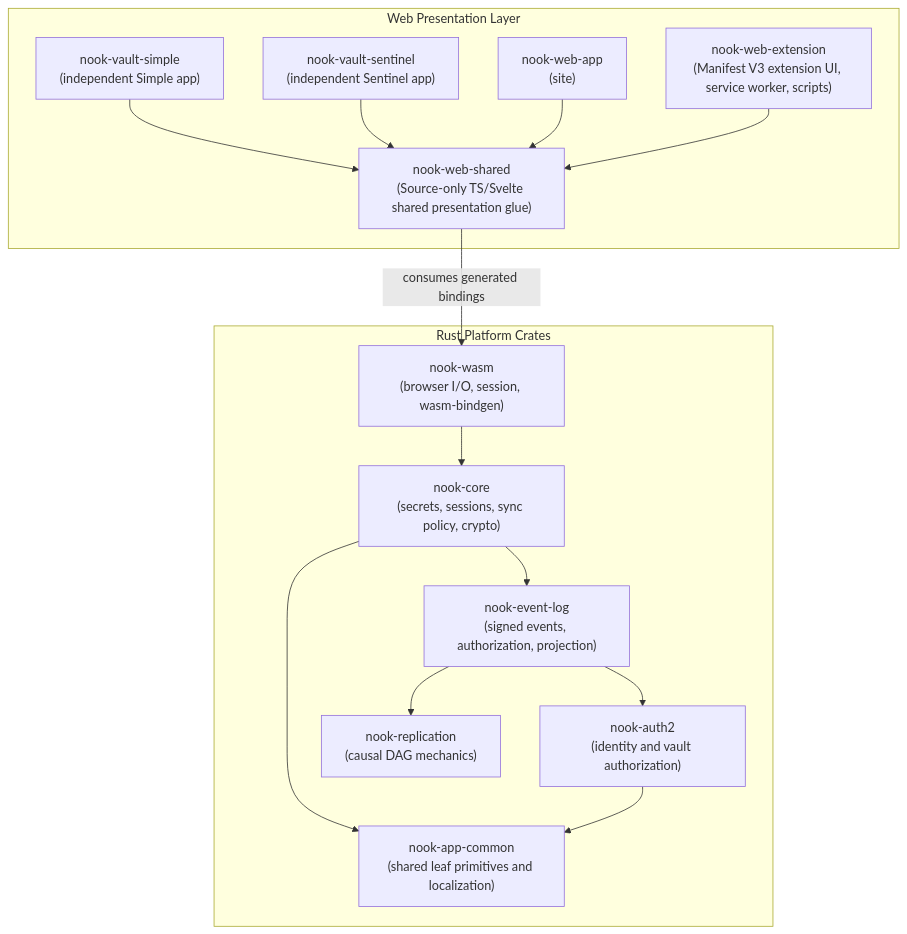
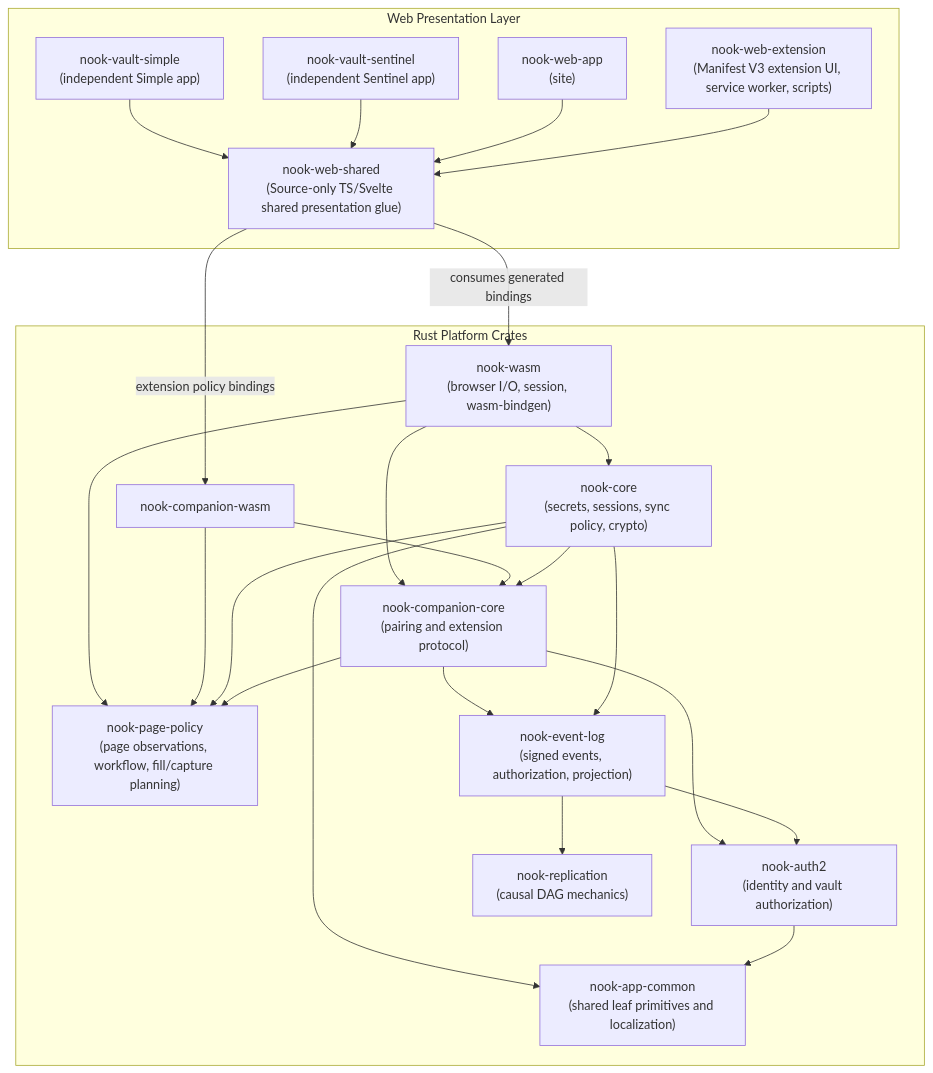
One commit to meta-secret/nook changed the first of 2 diagrams in nook-app/.cortex/docs/architecture/system.md. Above: the diagram before and after it, drawn with Mermaid. The commit also changed other lines of this file and 7 other files, not shown here.

Commit message:
docs: define companion page-policy ownership

````diff
--- a/nook-app/.cortex/docs/architecture/system.md
+++ b/nook-app/.cortex/docs/architecture/system.md
@@ -30,26 +30,36 @@
 ```mermaid
 flowchart TD
     subgraph WebPresentation["Web Presentation Layer"]
         Simple["nook-vault-simple<br/>(independent Simple app)"]
         Sentinel["nook-vault-sentinel<br/>(independent Sentinel app)"]
         WebApp["nook-web-app<br/>(site)"]
         Extension["nook-web-extension<br/>(Manifest V3 extension UI, service worker, scripts)"]
         Shared["nook-web-shared<br/>(Source-only TS/Svelte shared presentation glue)"]
     end
 
     Simple --> Shared
     Sentinel --> Shared
     WebApp --> Shared
     Extension --> Shared
 
     Shared -->|"consumes generated bindings"| Wasm["nook-wasm<br/>(browser I/O, session, wasm-bindgen)"]
+    Shared -->|"extension policy bindings"| CompanionWasm["nook-companion-wasm"]
 
     subgraph RustPlatform["Rust Platform Crates"]
         Wasm --> Core["nook-core<br/>(secrets, sessions, sync policy, crypto)"]
+        Wasm --> PagePolicy["nook-page-policy<br/>(page observations, workflow, fill/capture planning)"]
+        Wasm --> Companion["nook-companion-core<br/>(pairing and extension protocol)"]
+        CompanionWasm --> PagePolicy
+        CompanionWasm --> Companion
+        Core --> PagePolicy
+        Core --> Companion
+        Companion --> PagePolicy
+        Companion --> Auth2
+        Companion --> EventLog
         Core --> EventLog["nook-event-log<br/>(signed events, authorization, projection)"]
         Core --> Common["nook-app-common<br/>(shared leaf primitives and localization)"]
         EventLog --> Auth2["nook-auth2<br/>(identity and vault authorization)"]
         EventLog --> Replication["nook-replication<br/>(causal DAG mechanics)"]
         Auth2 --> Common
     end
 ```
````
